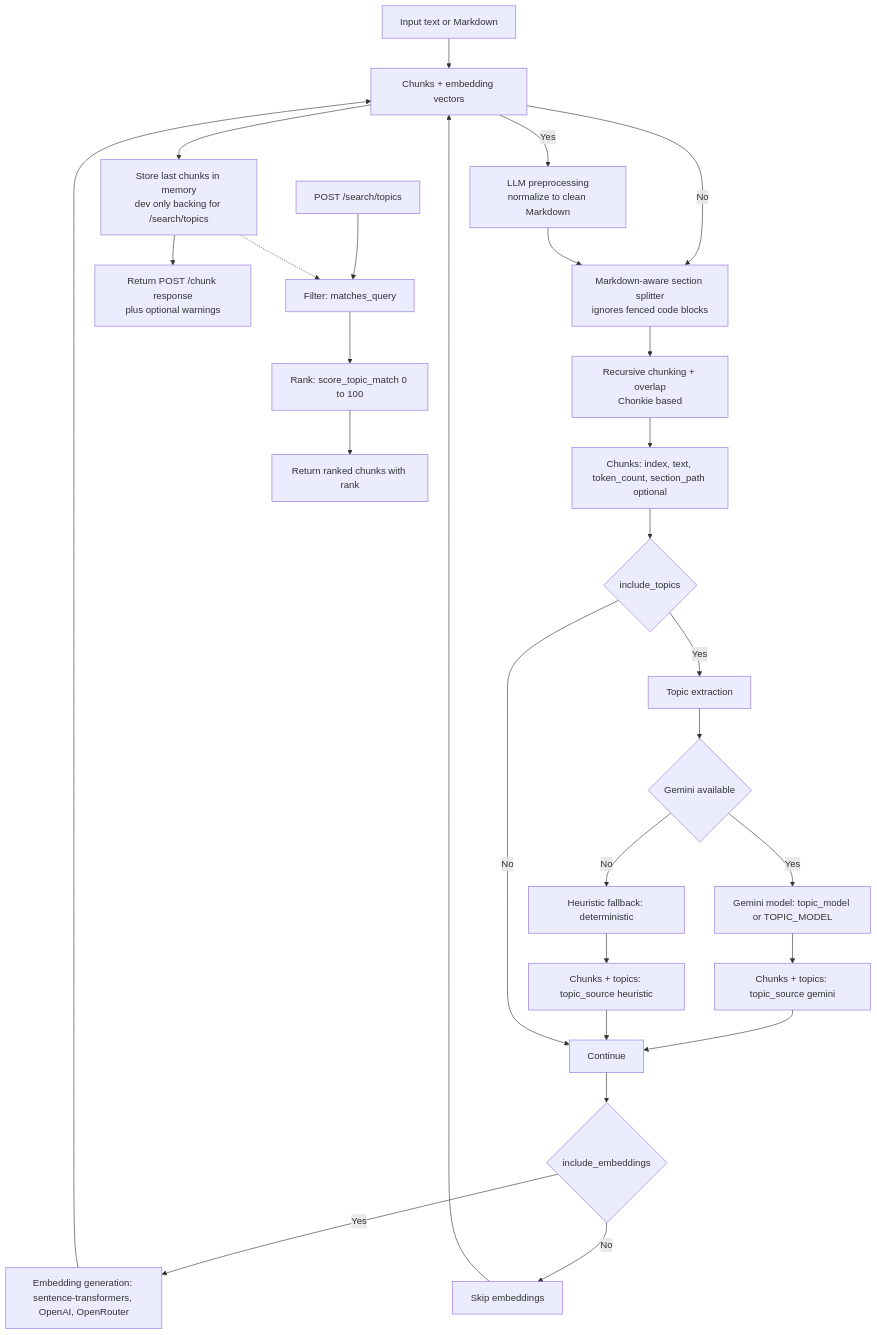
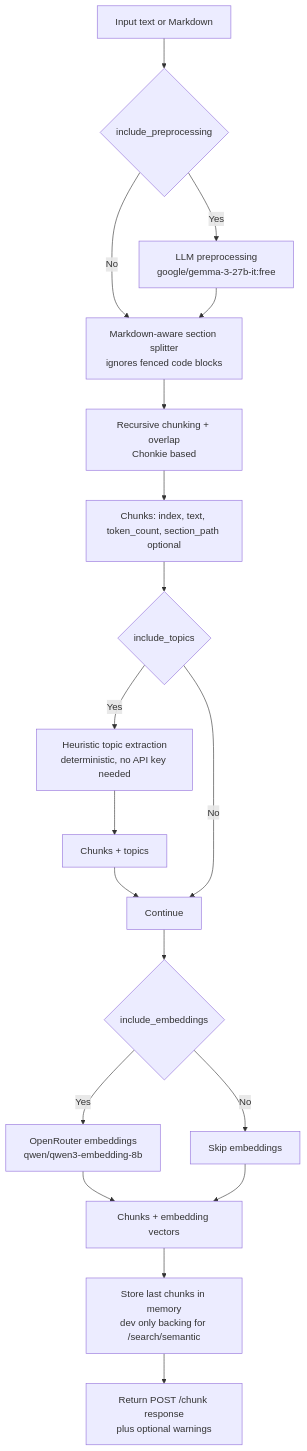
Before and after one commit to a1amit/CourseLLM-Firebase: the diagram in services/ingestion/README.md, drawn with Mermaid. The commit also changed other lines of this file and 10 other files, not shown here.

Commit message:
feat: Add initial ingestion service with text preprocessing, topic extraction, embedding generation, and a web chunking preview component using openrouter api key only. reduced the container building from ~10 minutes to 27 seconds!

````diff
--- a/services/ingestion/README.md
+++ b/services/ingestion/README.md
@@ -12,34 +12,24 @@
 ```mermaid
 flowchart TB
   A["Input text or Markdown"] --> P{"include_preprocessing"}
-  P -- Yes --> P1["LLM preprocessing<br/>normalize to clean Markdown"]
+  P -- Yes --> P1["LLM preprocessing<br/>google/gemma-3-27b-it:free"]
   P -- No --> B["Markdown-aware section splitter<br/>ignores fenced code blocks"]
   P1 --> B
   B --> C["Recursive chunking + overlap<br/>Chonkie based"]
   C --> D["Chunks: index, text, token_count, section_path optional"]
 
   D --> E{"include_topics"}
-  E -- Yes --> F["Topic extraction"]
-  F --> G{"Gemini available"}
-  G -- Yes --> H["Gemini model: topic_model or TOPIC_MODEL"]
-  G -- No --> I["Heuristic fallback: deterministic"]
-  H --> J["Chunks + topics: topic_source gemini"]
-  I --> K["Chunks + topics: topic_source heuristic"]
-  J --> L["Continue"]
-  K --> L
+  E -- Yes --> I["Heuristic topic extraction<br/>deterministic, no API key needed"]
+  I --> K["Chunks + topics"]
+  K --> L["Continue"]
   E -- No --> L
 
   L --> M{"include_embeddings"}
-  M -- Yes --> N["Embedding generation: sentence-transformers, OpenAI, OpenRouter"]
+  M -- Yes --> N["OpenRouter embeddings<br/>qwen/qwen3-embedding-8b"]
   M -- No --> O["Skip embeddings"]
-  N --> P["Chunks + embedding vectors"]
-  O --> P
+  N --> Q["Chunks + embedding vectors"]
+  O --> Q
 
-  P --> Q["Store last chunks in memory<br/>dev only backing for /search/topics"]
-  Q --> R["Return POST /chunk response<br/>plus optional warnings"]
-
-  S["POST /search/topics"] --> T["Filter: matches_query"]
-  T --> U["Rank: score_topic_match 0 to 100"]
-  U --> V["Return ranked chunks with rank"]
-  Q -.-> T
+  Q --> R["Store last chunks in memory<br/>dev only backing for /search/semantic"]
+  R --> S["Return POST /chunk response<br/>plus optional warnings"]
 ```
````
